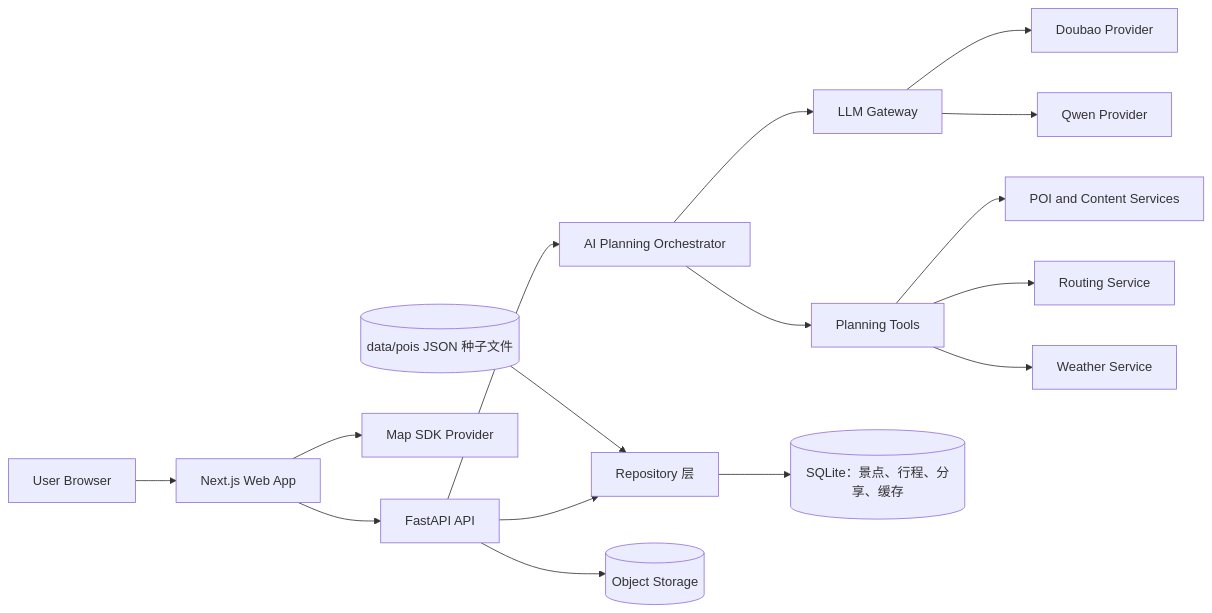
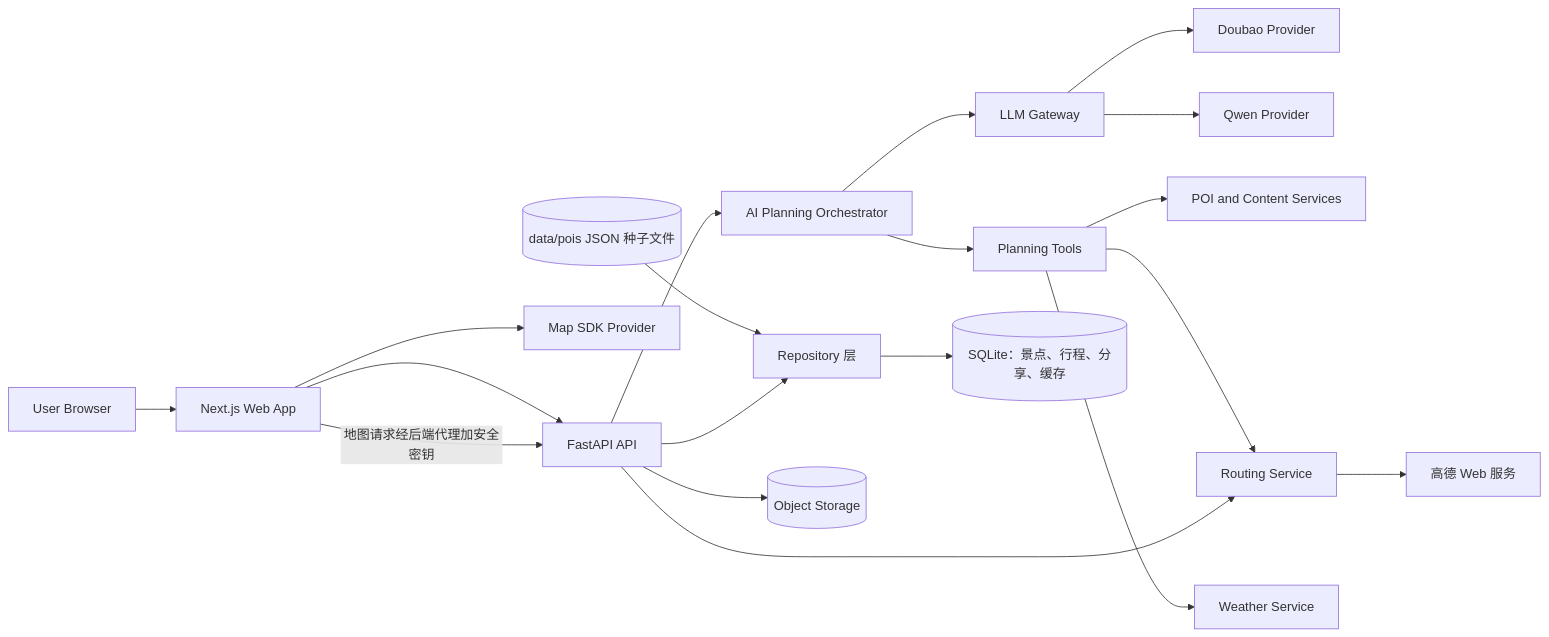
The diagram in docs/architecture/system-architecture.md (cecicai2026-code/WuhanMemory), drawn with Mermaid before and after one commit. The commit also changed other lines of this file and 3 other files, not shown here.

Commit message:
文档：路线接口、路线缓存表、地图 provider 接口和地图交互

````diff
--- a/docs/architecture/system-architecture.md
+++ b/docs/architecture/system-architecture.md
@@ -5,18 +5,21 @@
 ```mermaid
 flowchart LR
   User[User Browser] --> Web[Next.js Web App]
   Web --> API[FastAPI API]
   Web --> MapSDK[Map SDK Provider]
   API --> Planner[AI Planning Orchestrator]
   Planner --> LLMGateway[LLM Gateway]
   LLMGateway --> Doubao[Doubao Provider]
   LLMGateway --> Qwen[Qwen Provider]
   Planner --> Tools[Planning Tools]
   Tools --> Poi[POI and Content Services]
   Tools --> Routing[Routing Service]
+  API --> Routing
+  Routing --> AmapWeb[高德 Web 服务]
+  Web -->|地图请求经后端代理加安全密钥| API
   Tools --> Weather[Weather Service]
   Seed[(data/pois JSON 种子文件)] --> Repo[Repository 层]
   API --> Repo
   Repo --> DB[(SQLite：景点、行程、分享、缓存)]
   API --> ObjectStore[(Object Storage)]
 ```
````
